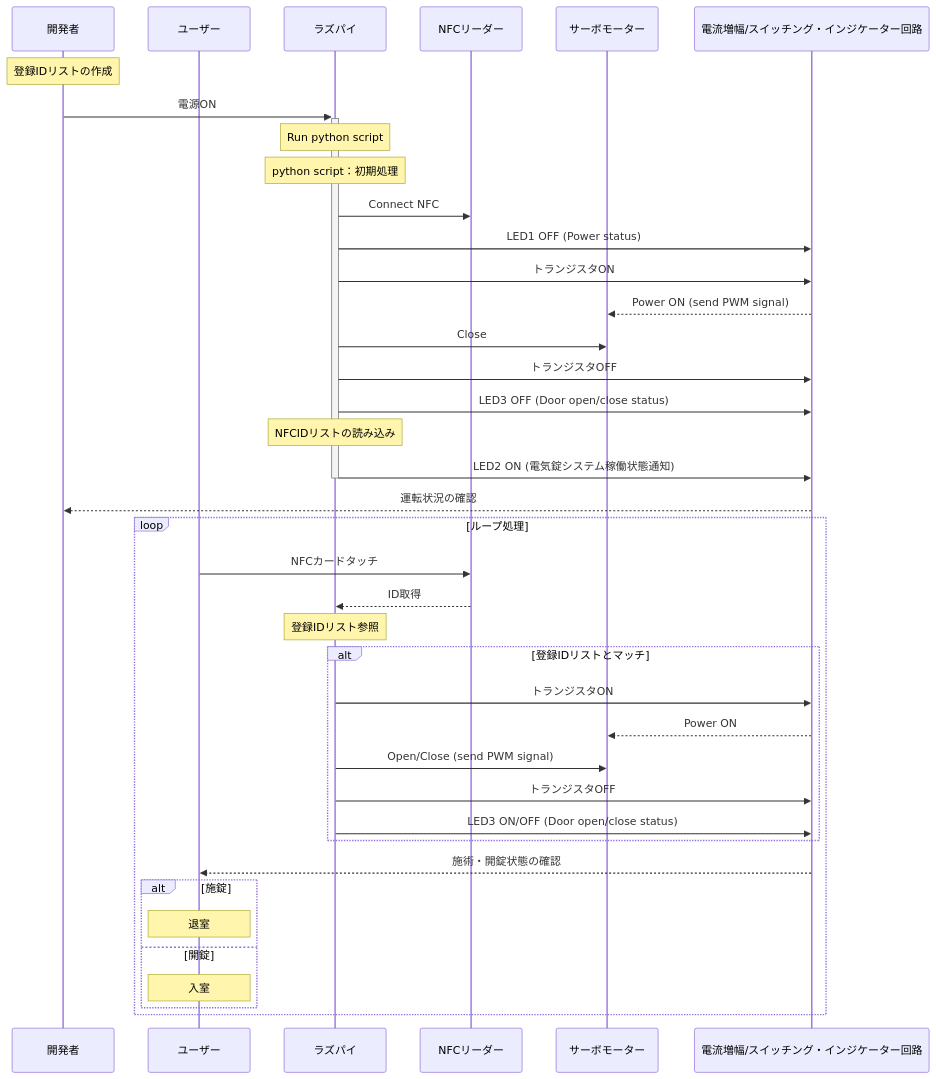
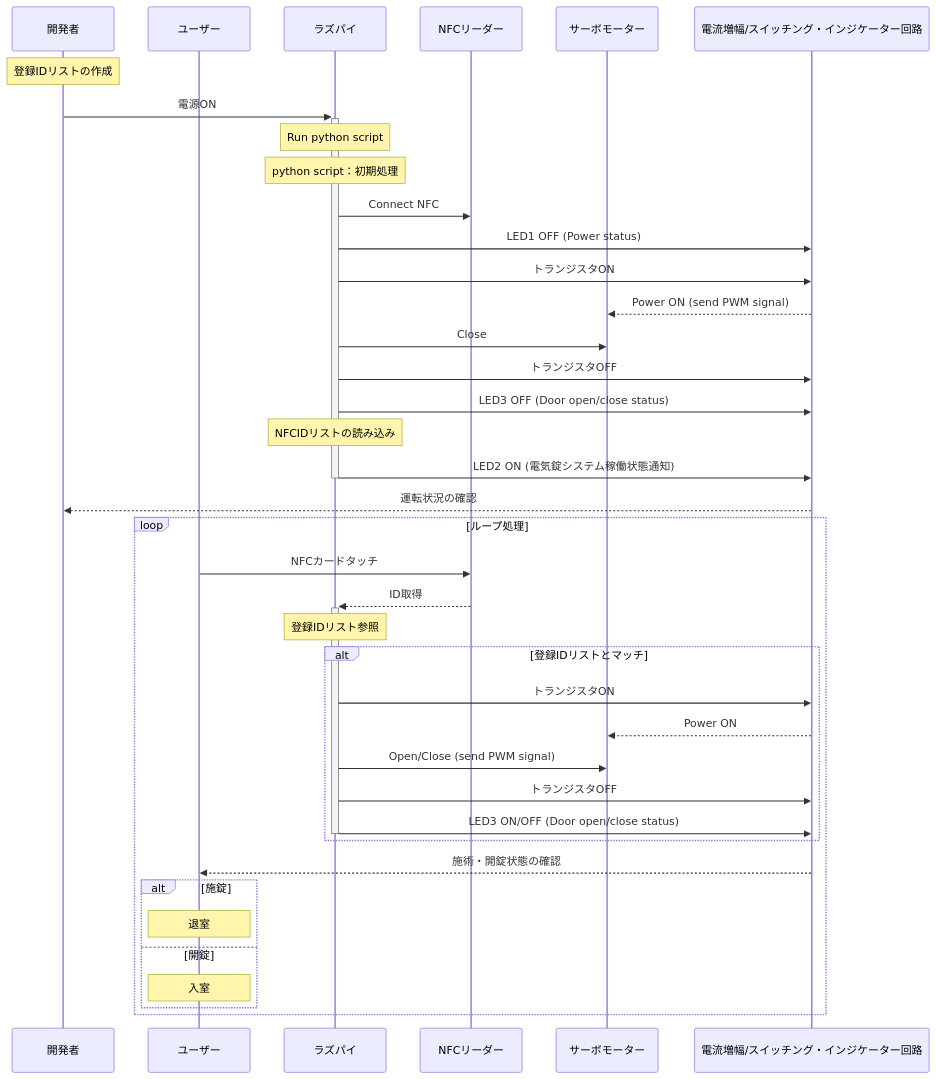
One commit to YUKI-SOKENDAI/SmartLock changed the second of 2 diagrams in memo/SystemMEMO.md. Above: the diagram before and after it, drawn with Mermaid.

````diff
--- a/memo/SystemMEMO.md
+++ b/memo/SystemMEMO.md
@@ -63,49 +63,49 @@
 ```mermaid
 sequenceDiagram
     participant user as 開発者
     participant user1 as ユーザー
     participant raspi as ラズパイ
     participant nfc as NFCリーダー
     participant servo as サーボモーター
     participant circuit as 電流増幅/スイッチング・インジケーター回路
     
     # hoge
     Note over user: 登録IDリストの作成
     user->>+raspi: 電源ON
     Note over raspi : Run python script
     Note over raspi : python script：初期処理
     
     raspi->>nfc: Connect NFC
     raspi->>circuit: LED1 OFF (Power status)
     raspi->>circuit: トランジスタON
     circuit-->>servo: Power ON (send PWM signal)
     raspi->>servo: Close
     raspi->>circuit: トランジスタOFF
     raspi->>circuit: LED3 OFF (Door open/close status)
     Note over raspi : NFCIDリストの読み込み
     raspi->>-circuit: LED2 ON (電気錠システム稼働状態通知)
     circuit-->>user: 運転状況の確認
     
     loop ループ処理
         user1->>nfc: NFCカードタッチ
-        nfc-->>raspi:ID取得
+        nfc-->>+raspi:ID取得
         Note over raspi: 登録IDリスト参照
         alt 登録IDリストとマッチ
             raspi->>circuit: トランジスタON
             circuit-->>servo: Power ON
             raspi->>servo: Open/Close (send PWM signal)
             raspi->>circuit: トランジスタOFF
-            raspi->>circuit: LED3 ON/OFF (Door open/close status) 
+            raspi->>-circuit: LED3 ON/OFF (Door open/close status) 
         end
     
         circuit-->>user1 : 施術・開錠状態の確認
         alt 施錠
             Note over user1 :退室
         else 開錠
             Note over user1 :入室
         end
     end
     
     #raspi-->>user: こんにちは！！
 
 ```
````
